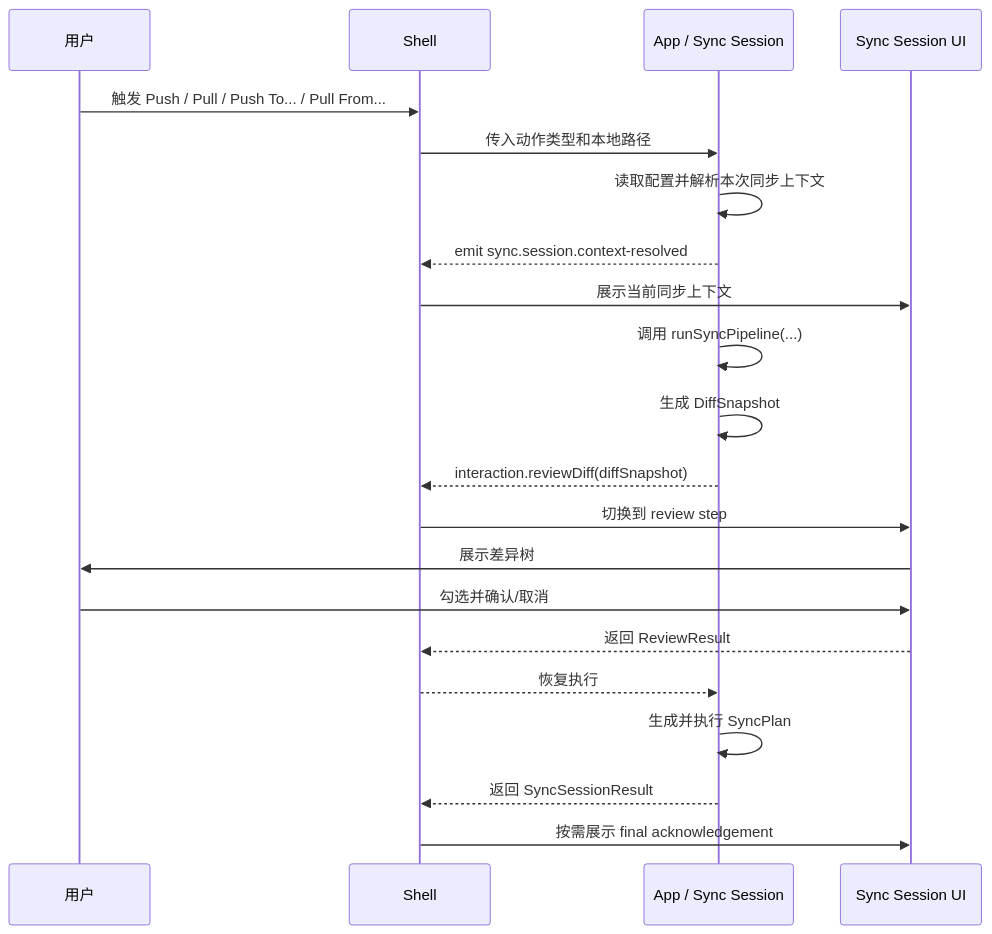
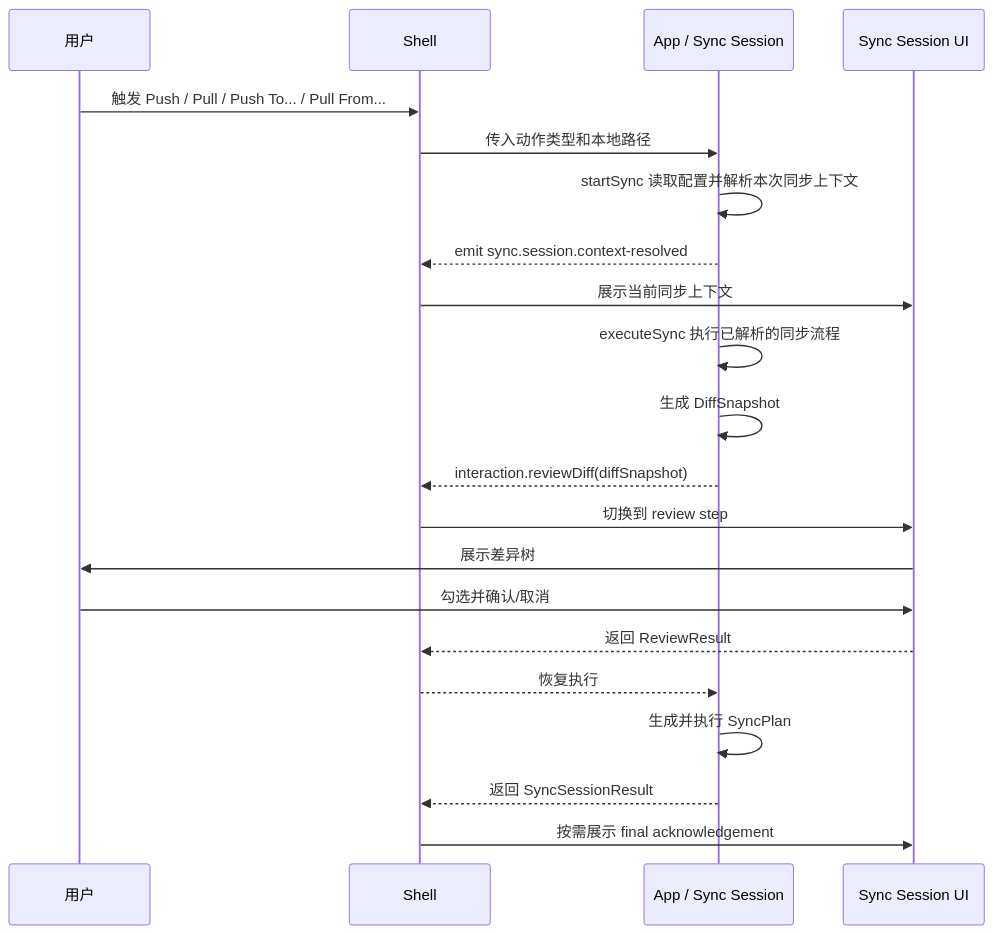
One commit to agalloch21/sync-with-rclone changed the first of 15 diagrams in docs/Flows.md. Above: the diagram before and after it, drawn with Mermaid. The commit also changed other lines of this file and 17 other files, not shown here.

````diff
--- a/docs/Flows.md
+++ b/docs/Flows.md
@@ -5,24 +5,24 @@
 ```mermaid
 sequenceDiagram
   participant U as 用户
   participant S as Shell
   participant A as App / Sync Session
   participant W as Sync Session UI
 
   U->>S: 触发 Push / Pull / Push To... / Pull From...
   S->>A: 传入动作类型和本地路径
-  A->>A: 读取配置并解析本次同步上下文
+  A->>A: startSync 读取配置并解析本次同步上下文
   A-->>S: emit sync.session.context-resolved
   S->>W: 展示当前同步上下文
-  A->>A: 调用 runSyncPipeline(...)
+  A->>A: executeSync 执行已解析的同步流程
   A->>A: 生成 DiffSnapshot
   A-->>S: interaction.reviewDiff(diffSnapshot)
   S->>W: 切换到 review step
   W->>U: 展示差异树
   U->>W: 勾选并确认/取消
   W-->>S: 返回 ReviewResult
   S-->>A: 恢复执行
   A->>A: 生成并执行 SyncPlan
   A-->>S: 返回 SyncSessionResult
   S->>W: 按需展示 final acknowledgement
 ```
````
